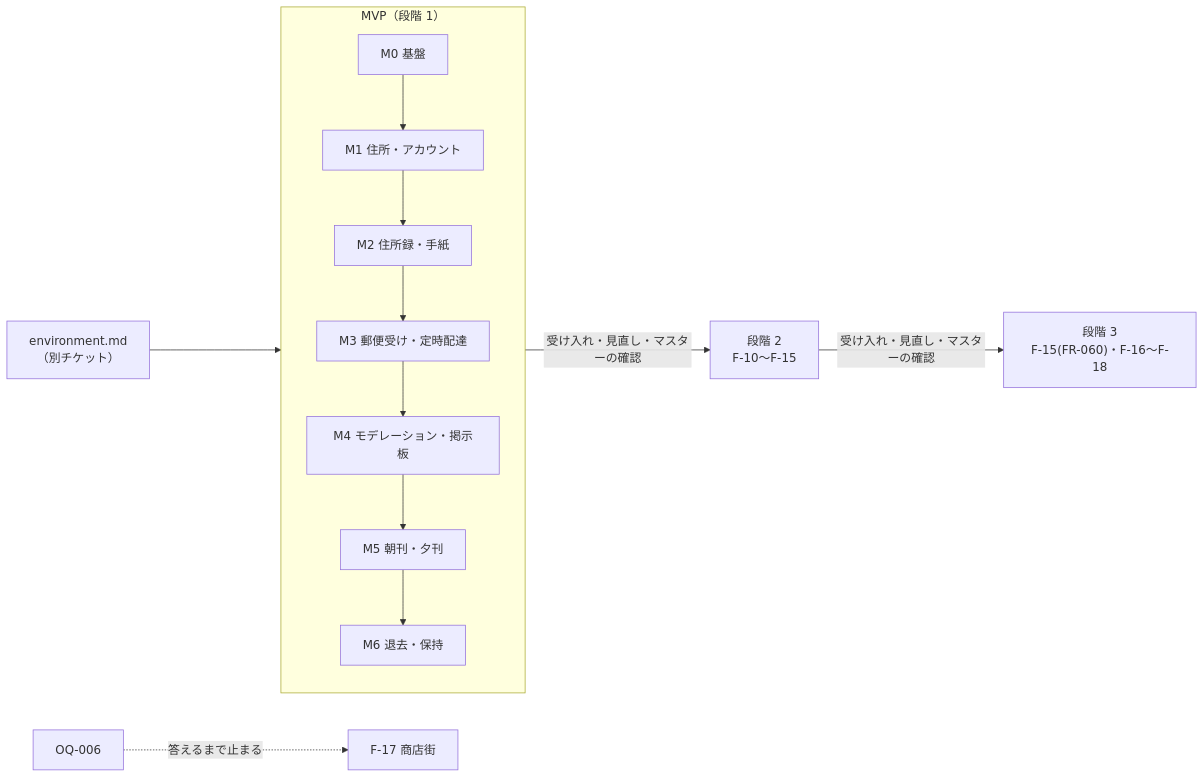
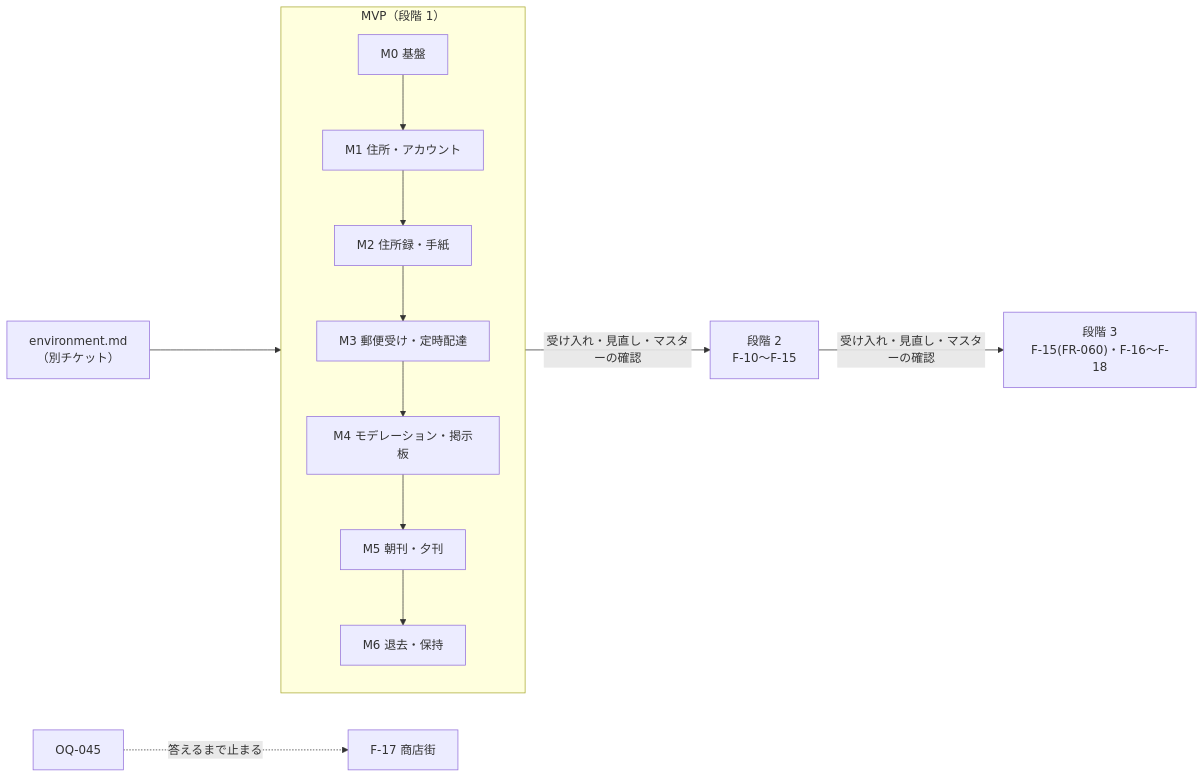
One commit to BONUS-git/yuguregaoka-3chome changed the diagram in .ai/roadmap.md. Above: the diagram before and after it, drawn with Mermaid. The commit also changed other lines of this file and 8 other files, not shown here.

````diff
--- a/.ai/roadmap.md
+++ b/.ai/roadmap.md
@@ -70,10 +70,10 @@
 ```mermaid
 flowchart LR
     ENV["environment.md\n（別チケット）"] --> MVP
     subgraph MVP["MVP（段階 1）"]
         M0["M0 基盤"] --> M1["M1 住所・アカウント"] --> M2["M2 住所録・手紙"] --> M3["M3 郵便受け・定時配達"] --> M4["M4 モデレーション・掲示板"] --> M5["M5 朝刊・夕刊"] --> M6["M6 退去・保持"]
     end
     MVP -->|"受け入れ・見直し・マスターの確認"| S2["段階 2\nF-10〜F-15"]
     S2 -->|"受け入れ・見直し・マスターの確認"| S3["段階 3\nF-15(FR-060)・F-16〜F-18"]
-    OQ6["OQ-006"] -.->|答えるまで止まる| F17["F-17 商店街"]
+    OQ45["OQ-045"] -.->|答えるまで止まる| F17["F-17 商店街"]
 ```
````
